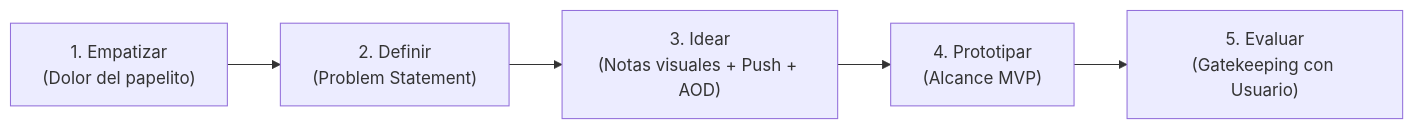
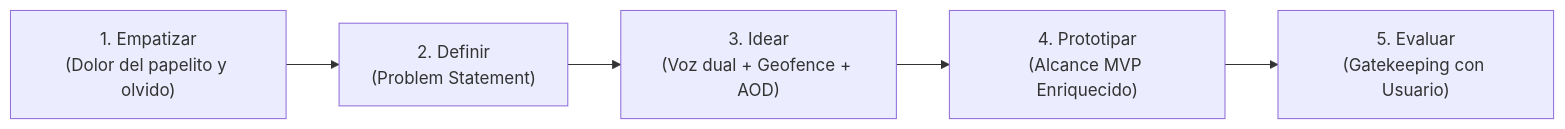
Before and after one commit to pcloayza3/plataforma01: the first of 2 diagrams in docs/microapps/microapp2/01_envisioning_and_planning.md, drawn with Mermaid. The commit also changed other lines of this file, not shown here.

Commit message:
docs(microapp2): enriquecer vision con reconocimiento de voz dual y alertas temporales/geofencing

````diff
--- a/docs/microapps/microapp2/01_envisioning_and_planning.md
+++ b/docs/microapps/microapp2/01_envisioning_and_planning.md
@@ -16,7 +16,7 @@
 ```mermaid
 flowchart LR
-    A["1. Empatizar<br/>(Dolor del papelito)"] --> B["2. Definir<br/>(Problem Statement)"]
-    B --> C["3. Idear<br/>(Notas visuales + Push + AOD)"]
-    C --> D["4. Prototipar<br/>(Alcance MVP)"]
+    A["1. Empatizar<br/>(Dolor del papelito y olvido)"] --> B["2. Definir<br/>(Problem Statement)"]
+    B --> C["3. Idear<br/>(Voz dual + Geofence + AOD)"]
+    C --> D["4. Prototipar<br/>(Alcance MVP Enriquecido)"]
     D --> E["5. Evaluar<br/>(Gatekeeping con Usuario)"]
 ```
````
